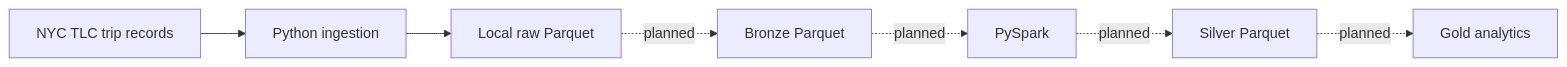
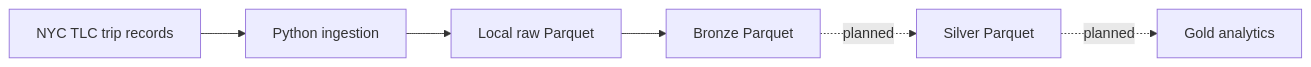
Before and after one commit to harshitha-108/nyc-taxi-lakehouse: the diagram in README.md, drawn with Mermaid. The commit also changed other lines of this file and 4 other files, not shown here.

````diff
--- a/README.md
+++ b/README.md
@@ -19,9 +19,8 @@
 ```mermaid
 flowchart LR
     TLC[NYC TLC trip records] --> ING[Python ingestion]
     ING --> RAW[Local raw Parquet]
-    RAW -. planned .-> BRONZE[Bronze Parquet]
-    BRONZE -. planned .-> SPARK[PySpark]
-    SPARK -. planned .-> SILVER[Silver Parquet]
+    RAW --> BRONZE[Bronze Parquet]
+    BRONZE -. planned .-> SILVER[Silver Parquet]
     SILVER -. planned .-> GOLD[Gold analytics]
 ```
````
